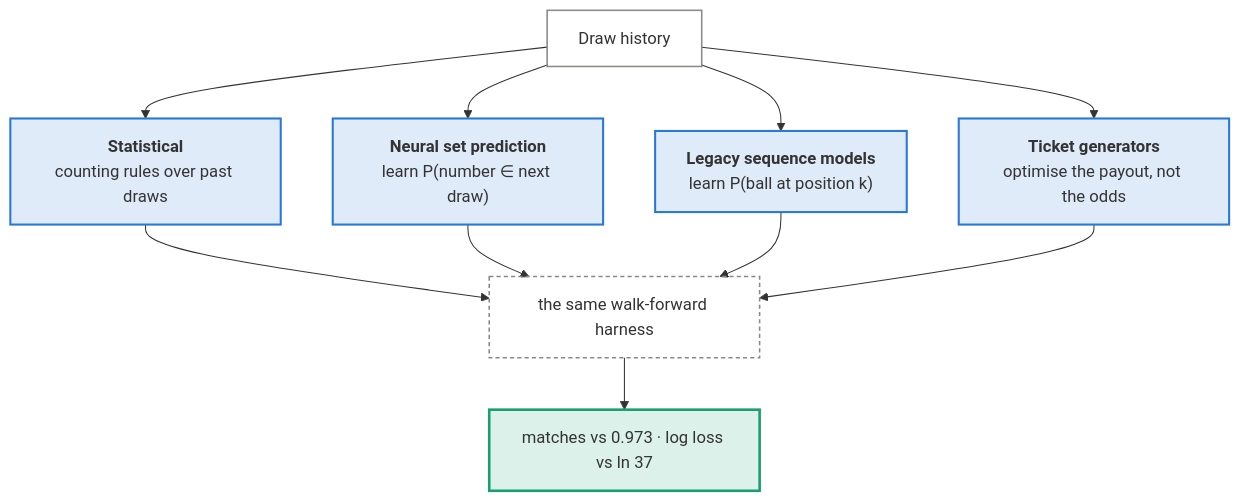
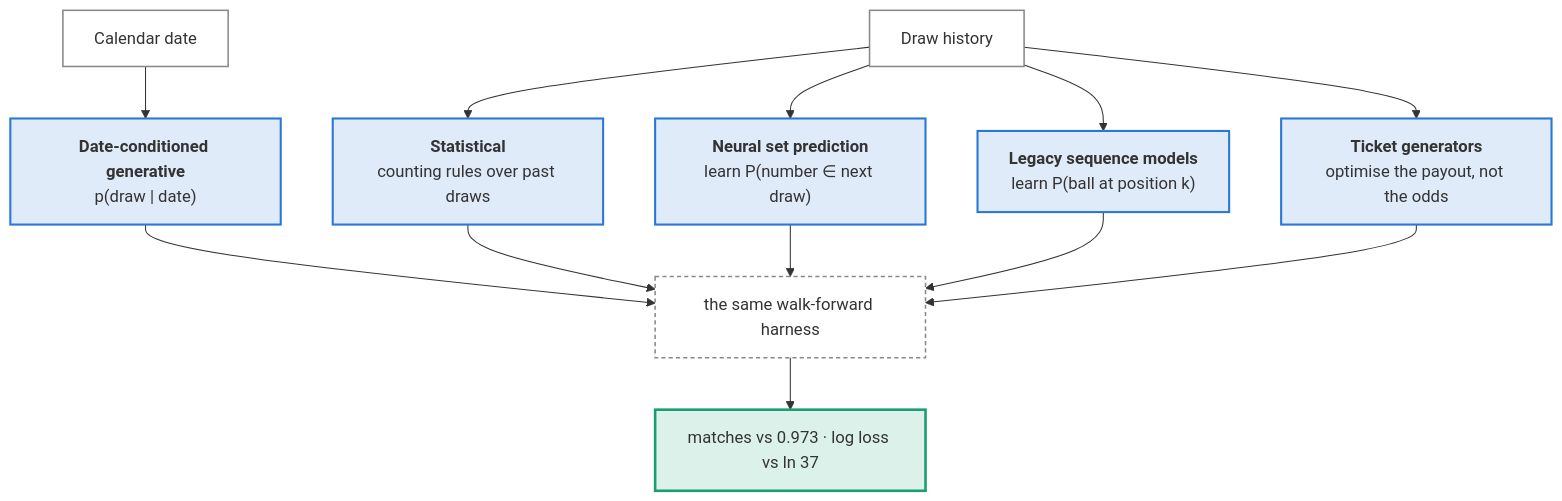
One commit to Timorleiderman/ILotto changed the first of 2 diagrams in docs/approaches/index.md. Above: the diagram before and after it, drawn with Mermaid. The commit also changed other lines of this file and 15 other files, not shown here.

First line of the commit message:
Add a date-conditioned generative model (#6)

````diff
--- a/docs/approaches/index.md
+++ b/docs/approaches/index.md
@@ -6,23 +6,25 @@
 ```mermaid
 flowchart TB
   H["Draw history"] --> S["<b>Statistical</b><br/>counting rules over past draws"]
   H --> N["<b>Neural set prediction</b><br/>learn P(number ∈ next draw)"]
   H --> L["<b>Legacy sequence models</b><br/>learn P(ball at position k)"]
   H --> G["<b>Ticket generators</b><br/>optimise the payout, not the odds"]
+  CAL["Calendar date"] --> DC["<b>Date-conditioned generative</b><br/>p(draw | date)"]
 
   S --> B["the same walk-forward harness"]
+  DC --> B
   N --> B
   L --> B
   G --> B
   B --> V["matches vs 0.973 · log loss vs ln 37"]
 
-  class H data
-  class S,N,L,G learn
+  class H,CAL data
+  class S,N,L,G,DC learn
   class B op
   class V out
   classDef data fill:none,stroke:#8a8a85,stroke-width:1.5px
   classDef learn fill:#2a78d626,stroke:#2a78d6,stroke-width:2px
   classDef op fill:none,stroke:#8a8a85,stroke-width:1.5px,stroke-dasharray:4 3
   classDef out fill:#199e7026,stroke:#199e70,stroke-width:2.5px
   classDef flaw fill:#e3494826,stroke:#e34948,stroke-width:3px
 ```
````
